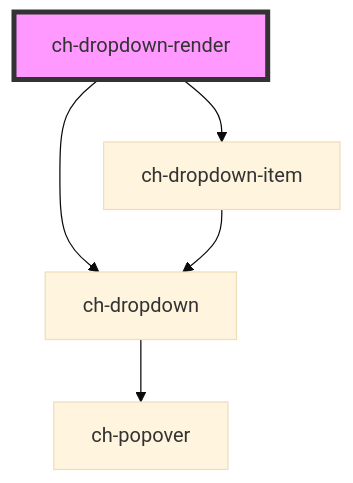
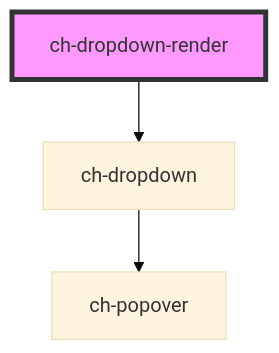
Before and after one commit to genexuslabs/chameleon-controls-library: the diagram in src/components/renders/dropdown/readme.md, drawn with Mermaid (base theme). The commit also changed other lines of this file and 5 other files, not shown here.

````diff
--- a/src/components/renders/dropdown/readme.md
+++ b/src/components/renders/dropdown/readme.md
@@ -33,8 +31,6 @@
 ```mermaid
 graph TD;
-  ch-dropdown-render --> ch-dropdown-item
   ch-dropdown-render --> ch-dropdown
-  ch-dropdown-item --> ch-dropdown
   ch-dropdown --> ch-popover
   style ch-dropdown-render fill:#f9f,stroke:#333,stroke-width:4px
 ```
````
